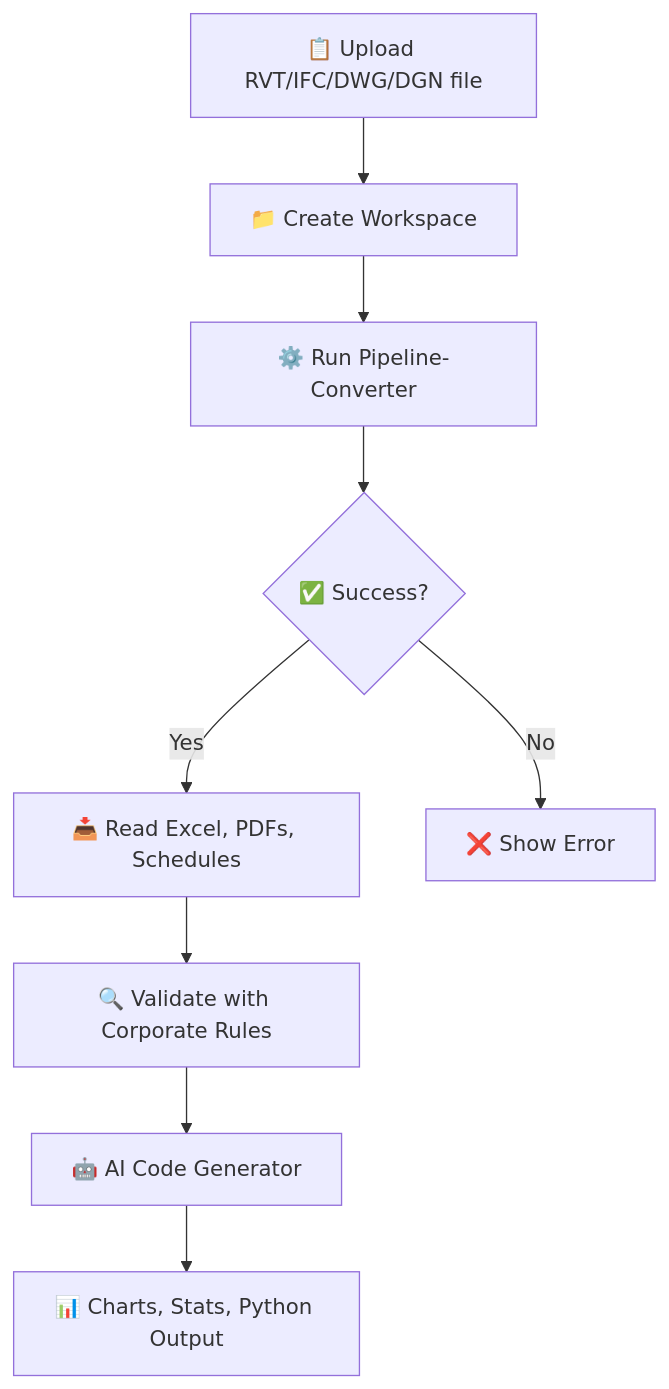
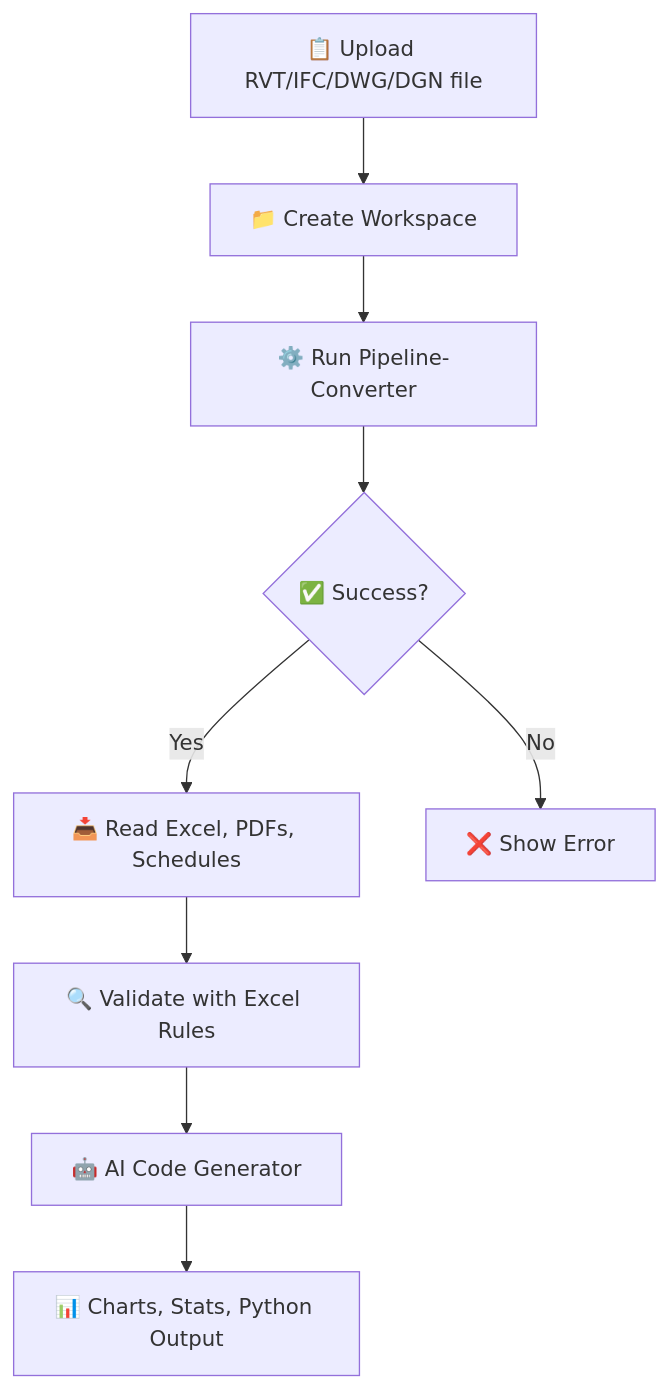
The diagram in README.md (datadrivenconstruction/CAD-BIM-to-Code-Automation-Pipeline-DDC-Workflow), drawn with Mermaid before and after one commit.

````diff
--- a/README.md
+++ b/README.md
@@ -77,11 +77,11 @@
 ```mermaid
 graph TD;
     A[📋 Upload RVT/IFC/DWG/DGN file] --> B[📁 Create Workspace]
     B --> C[⚙️ Run Pipeline-Converter]
     C --> D{✅ Success?}
     D -->|Yes| E[📥 Read Excel, PDFs, Schedules]
     D -->|No| F[❌ Show Error]
-    E --> G[🔍 Validate with Corporate Rules]
+    E --> G[🔍 Validate with Excel Rules]
     G --> H[🤖 AI Code Generator]
     H --> I[📊 Charts, Stats, Python Output]
 ```
````
